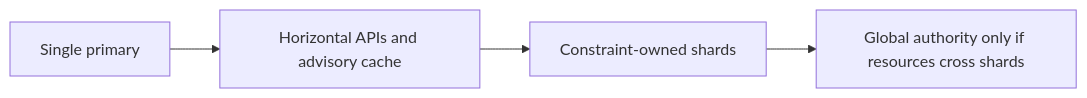
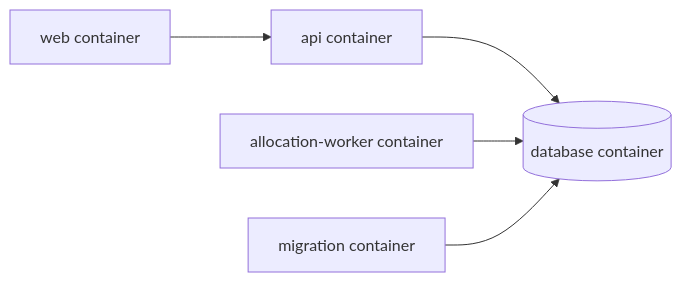
The fifth of 6 diagrams in docs/system-design.md (trmaphi/booking-scheduler), drawn with Mermaid before and after one commit. The commit also changed other lines of this file and 1 other file, not shown here.

````diff
--- a/docs/system-design.md
+++ b/docs/system-design.md
@@ -93,6 +159,7 @@
 ```mermaid
 flowchart LR
-    L1[Single primary] --> L2[Horizontal APIs and advisory cache]
-    L2 --> L3[Constraint-owned shards]
-    L3 --> L4[Global authority only if resources cross shards]
+    Web[web container] --> API[api container]
+    API --> DB[(database container)]
+    Worker[allocation-worker container] --> DB
+    Migrate[migration container] --> DB
 ```
````
